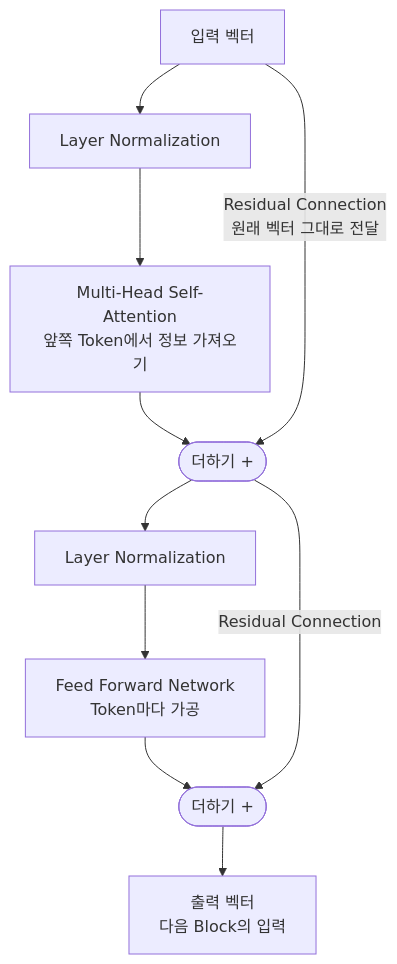
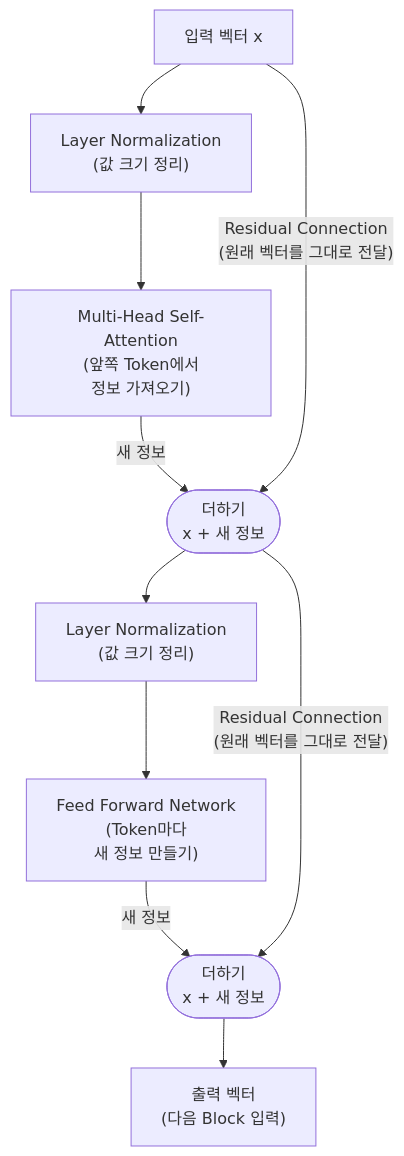
The third of 10 diagrams in docs/llm-transformer-wiki.md (WontelliJ/build-nanogpt), drawn with Mermaid before and after one commit. The commit also changed other lines of this file and 1 other file, not shown here.

First line of the commit message:
Clarify prefill vs decode, BPE vocabulary, residual paths in LLM wiki

````diff
--- a/docs/llm-transformer-wiki.md
+++ b/docs/llm-transformer-wiki.md
@@ -234,12 +293,12 @@
 ```mermaid
 flowchart TD
-    X["입력 벡터"] --> LN1["Layer Normalization"]
-    LN1 --> MHA["Multi-Head Self-Attention<br/>앞쪽 Token에서 정보 가져오기"]
-    MHA --> ADD1(["더하기 +"])
-    X -- "Residual Connection<br/>원래 벡터 그대로 전달" --> ADD1
-    ADD1 --> LN2["Layer Normalization"]
-    LN2 --> FFN["Feed Forward Network<br/>Token마다 가공"]
-    FFN --> ADD2(["더하기 +"])
-    ADD1 -- "Residual Connection" --> ADD2
-    ADD2 --> Y["출력 벡터<br/>다음 Block의 입력"]
+    X["입력 벡터 x"] --> LN1["Layer Normalization<br/>(값 크기 정리)"]
+    LN1 --> MHA["Multi-Head Self-Attention<br/>(앞쪽 Token에서<br/>정보 가져오기)"]
+    MHA -- "새 정보" --> ADD1(["더하기<br/>x + 새 정보"])
+    X -- "Residual Connection<br/>(원래 벡터를 그대로 전달)" --> ADD1
+    ADD1 --> LN2["Layer Normalization<br/>(값 크기 정리)"]
+    LN2 --> FFN["Feed Forward Network<br/>(Token마다<br/>새 정보 만들기)"]
+    FFN -- "새 정보" --> ADD2(["더하기<br/>x + 새 정보"])
+    ADD1 -- "Residual Connection<br/>(원래 벡터를 그대로 전달)" --> ADD2
+    ADD2 --> Y["출력 벡터<br/>(다음 Block 입력)"]
 ```
````
